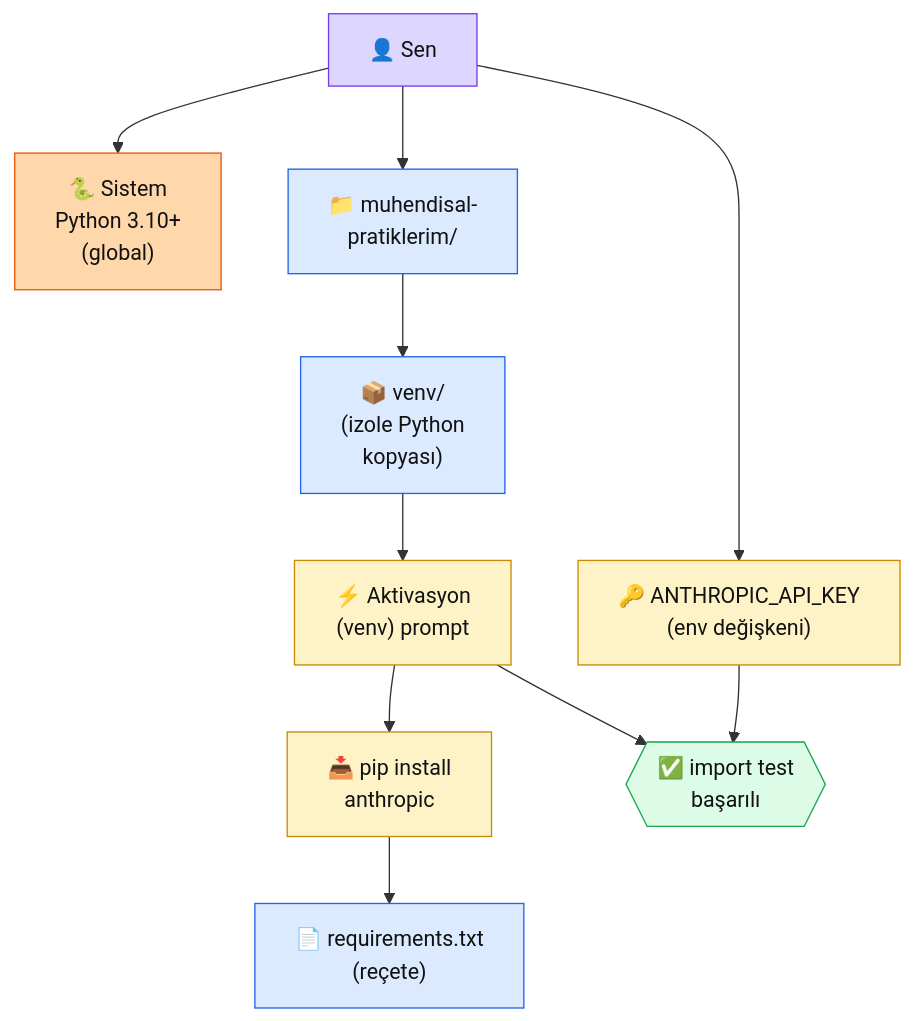
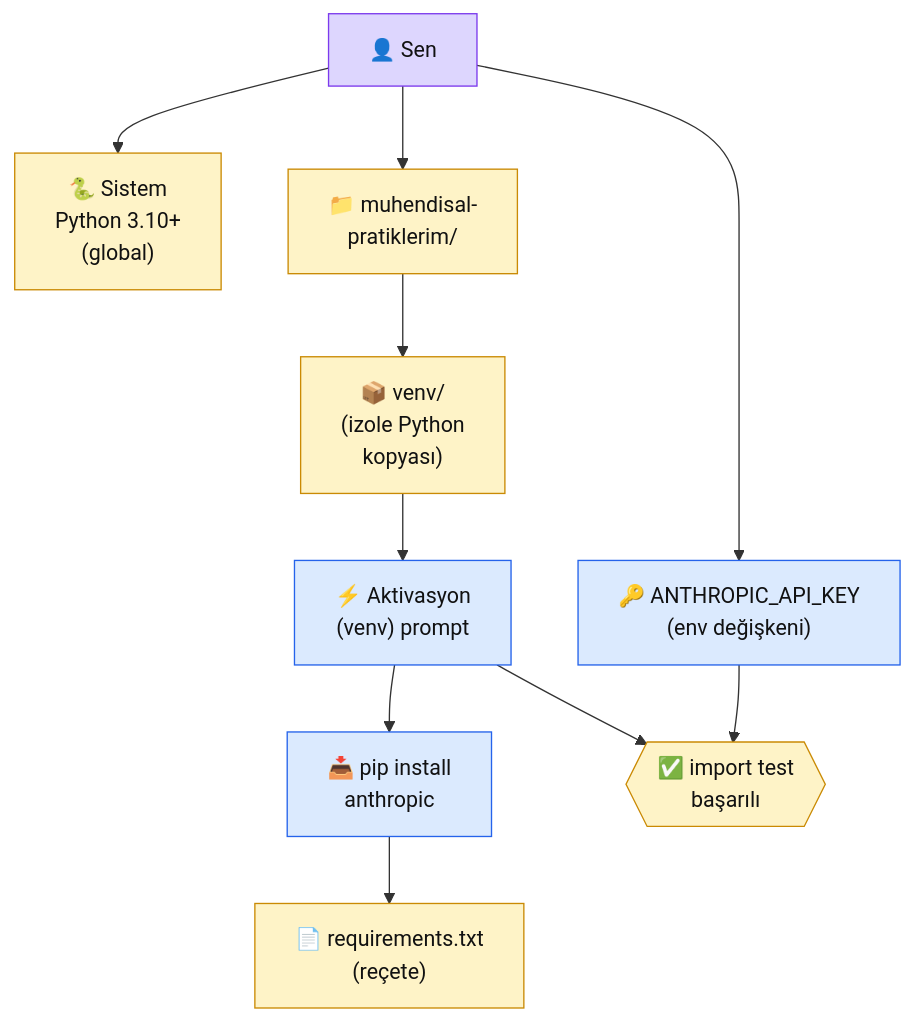
The diagram in docs/bolum-0/02-python-venv.md (KemalG-u/muhendisal-platform), drawn with Mermaid before and after one commit. The commit also changed other lines of this file and 4 other files, not shown here.

````diff
--- a/docs/bolum-0/02-python-venv.md
+++ b/docs/bolum-0/02-python-venv.md
@@ -38,29 +38,25 @@
 ```mermaid
 flowchart TB
   S["👤 Sen"]
   SYS["🐍 Sistem\nPython 3.10+\n(global)"]
   PROJ["📁 muhendisal-\npratiklerim/"]
   VENV["📦 venv/\n(izole Python\nkopyası)"]
   ACT["⚡ Aktivasyon\n(venv) prompt"]
   PIP["📥 pip install\nanthropic"]
   REQ["📄 requirements.txt\n(reçete)"]
   ENV["🔑 ANTHROPIC_API_KEY\n(env değişkeni)"]
   TEST{{"✅ import test\nbaşarılı"}}
 
   S --> SYS
   S --> PROJ --> VENV --> ACT
   ACT --> PIP --> REQ
   S --> ENV
   ACT & ENV --> TEST
 
   classDef sen fill:#ddd6fe,stroke:#7c3aed,color:#111
-  classDef sis fill:#fed7aa,stroke:#ea580c,color:#111
-  classDef proj fill:#dbeafe,stroke:#2563eb,color:#111
-  classDef tool fill:#fef3c7,stroke:#ca8a04,color:#111
-  classDef hed fill:#dcfce7,stroke:#16a34a,color:#111
+  classDef yan fill:#fef3c7,stroke:#ca8a04,color:#111
+  classDef logic fill:#dbeafe,stroke:#2563eb,color:#111
   class S sen
-  class SYS sis
-  class PROJ,VENV,REQ proj
-  class ACT,PIP,ENV tool
-  class TEST hed
+  class SYS,PROJ,VENV,REQ,TEST yan
+  class ACT,PIP,ENV logic
 ```
````
